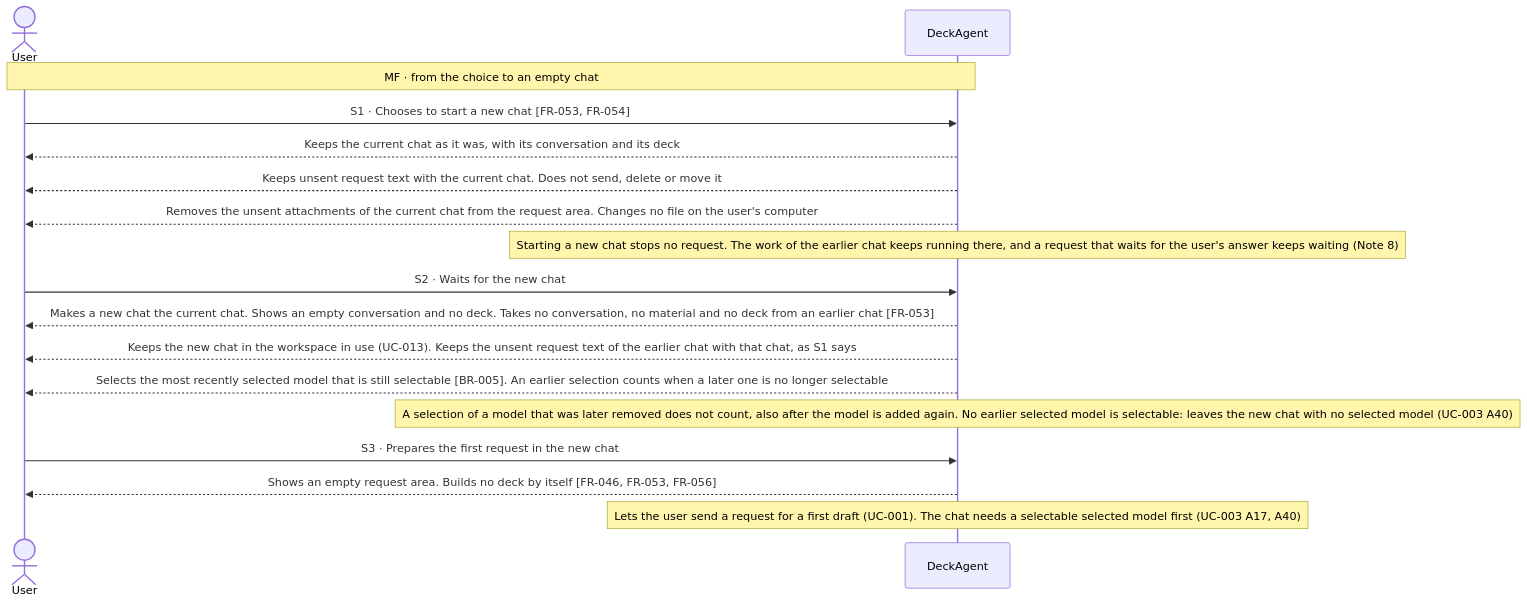
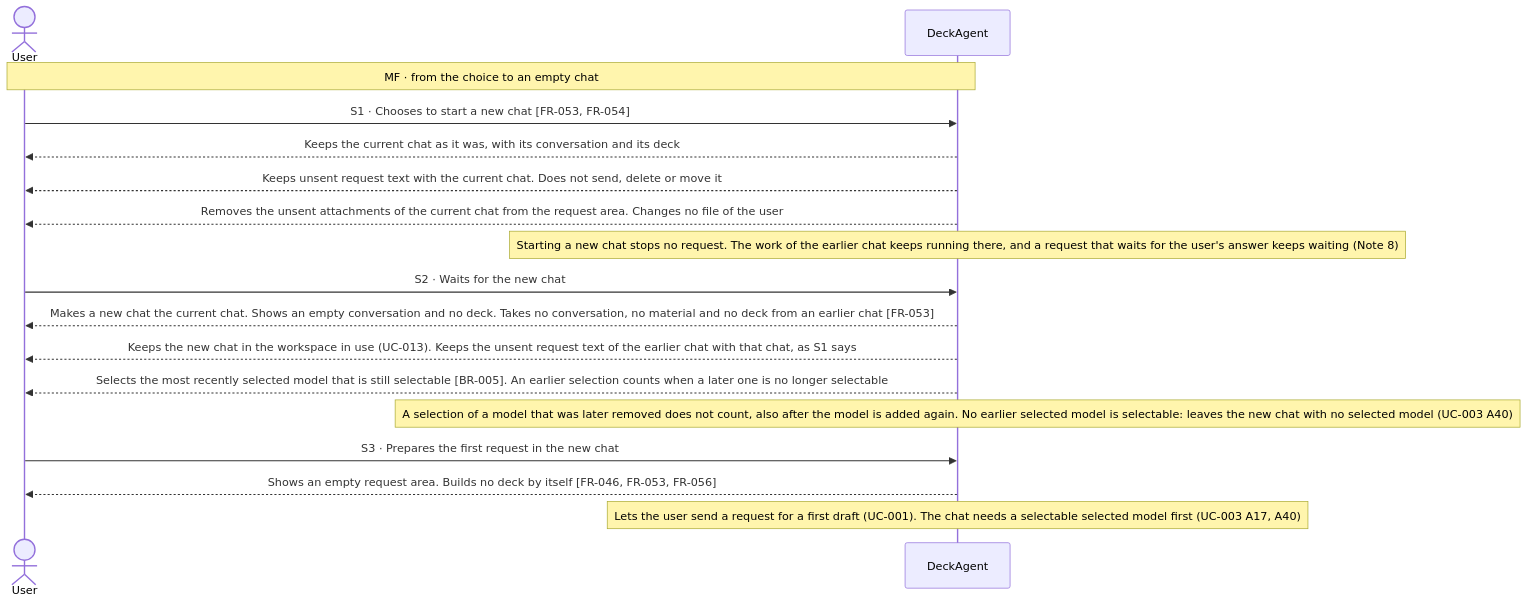
Before and after one commit to Luke23127006/DeckAgent: the diagram in docs/spec/03-use-cases/UC-012.md, drawn with Mermaid. The commit also changed other lines of this file and 14 other files, not shown here.

````diff
--- a/docs/spec/03-use-cases/UC-012.md
+++ b/docs/spec/03-use-cases/UC-012.md
@@ -40,19 +40,19 @@
 ```mermaid
 sequenceDiagram
     actor User
     participant DeckAgent
     Note over User,DeckAgent: MF · from the choice to an empty chat
     User->>DeckAgent: S1 · Chooses to start a new chat [FR-053, FR-054]
     DeckAgent-->>User: Keeps the current chat as it was, with its conversation and its deck
     DeckAgent-->>User: Keeps unsent request text with the current chat. Does not send, delete or move it
-    DeckAgent-->>User: Removes the unsent attachments of the current chat from the request area. Changes no file on the user's computer
+    DeckAgent-->>User: Removes the unsent attachments of the current chat from the request area. Changes no file of the user
     note over DeckAgent: Starting a new chat stops no request. The work of the earlier chat keeps running there, and a request that waits for the user's answer keeps waiting (Note 8)
     User->>DeckAgent: S2 · Waits for the new chat
     DeckAgent-->>User: Makes a new chat the current chat. Shows an empty conversation and no deck. Takes no conversation, no material and no deck from an earlier chat [FR-053]
     DeckAgent-->>User: Keeps the new chat in the workspace in use (UC-013). Keeps the unsent request text of the earlier chat with that chat, as S1 says
     DeckAgent-->>User: Selects the most recently selected model that is still selectable [BR-005]. An earlier selection counts when a later one is no longer selectable
     note over DeckAgent: A selection of a model that was later removed does not count, also after the model is added again. No earlier selected model is selectable: leaves the new chat with no selected model (UC-003 A40)
     User->>DeckAgent: S3 · Prepares the first request in the new chat
     DeckAgent-->>User: Shows an empty request area. Builds no deck by itself [FR-046, FR-053, FR-056]
     note over DeckAgent: Lets the user send a request for a first draft (UC-001). The chat needs a selectable selected model first (UC-003 A17, A40)
 ```
````
